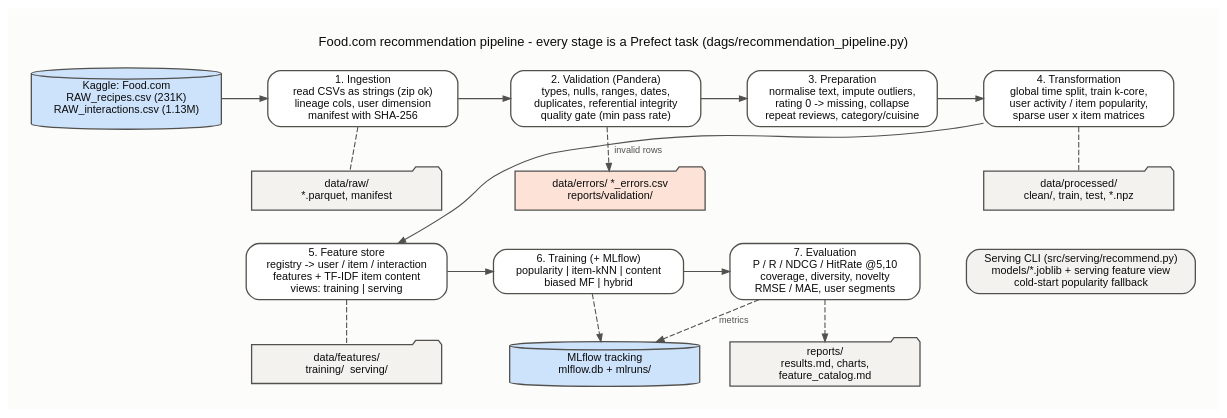
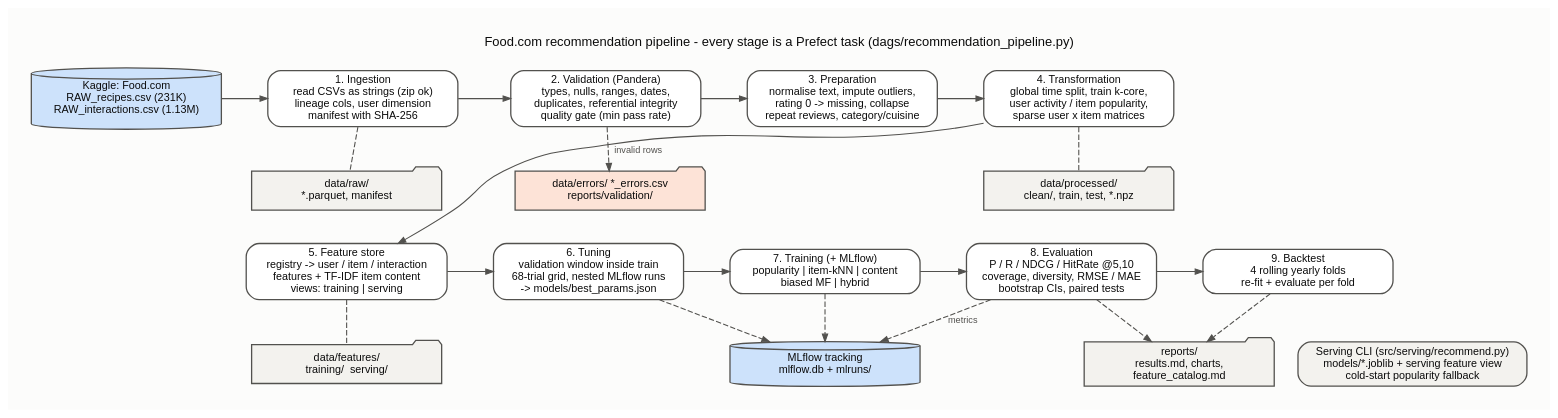
The diagram in reports/figures/architecture.dot (2025ag05572-gif/bitsdm4mlas2), drawn with Graphviz before and after one commit. The commit also changed 48 other files, not shown here.

```diff
--- a/reports/figures/architecture.dot
+++ b/reports/figures/architecture.dot
@@ -1,42 +1,45 @@
 digraph pipeline {
   graph [rankdir=TB, fontname="Helvetica", fontsize=12, bgcolor="#fcfcfb", nodesep=0.3, ranksep=0.42, pad=0.3, newrank=true,
          label="Food.com recommendation pipeline - every stage is a Prefect task (dags/recommendation_pipeline.py)\n ", labelloc=t, fontcolor="#0b0b0b"];
   node  [shape=box, style="rounded,filled", fontname="Helvetica", fontsize=10, color="#52514e", fillcolor="#ffffff", fontcolor="#0b0b0b", penwidth=1.2, width=2.45];
   edge  [color="#52514e", arrowsize=0.7, fontname="Helvetica", fontsize=8.5, fontcolor="#52514e"];
 
   src      [label="Kaggle: Food.com\nRAW_recipes.csv (231K)\nRAW_interactions.csv (1.13M)", shape=cylinder, fillcolor="#cde2fb"];
   ingest   [label="1. Ingestion\nread CSVs as strings (zip ok)\nlineage cols, user dimension\nmanifest with SHA-256"];
   validate [label="2. Validation (Pandera)\ntypes, nulls, ranges, dates,\nduplicates, referential integrity\nquality gate (min pass rate)"];
   prepare  [label="3. Preparation\nnormalise text, impute outliers,\nrating 0 -> missing, collapse\nrepeat reviews, category/cuisine"];
   transform[label="4. Transformation\nglobal time split, train k-core,\nuser activity / item popularity,\nsparse user x item matrices"];
 
   features [label="5. Feature store\nregistry -> user / item / interaction\nfeatures + TF-IDF item content\nviews: training | serving"];
-  train    [label="6. Training (+ MLflow)\npopularity | item-kNN | content\nbiased MF | hybrid"];
-  evaluate [label="7. Evaluation\nP / R / NDCG / HitRate @5,10\ncoverage, diversity, novelty\nRMSE / MAE, user segments"];
+  tune     [label="6. Tuning\nvalidation window inside train\n68-trial grid, nested MLflow runs\n-> models/best_params.json"];
+  train    [label="7. Training (+ MLflow)\npopularity | item-kNN | content\nbiased MF | hybrid"];
+  evaluate [label="8. Evaluation\nP / R / NDCG / HitRate @5,10\ncoverage, diversity, RMSE / MAE\nbootstrap CIs, paired tests"];
+  backtest [label="9. Backtest\n4 rolling yearly folds\nre-fit + evaluate per fold"];
   serve    [label="Serving CLI (src/serving/recommend.py)\nmodels/*.joblib + serving feature view\ncold-start popularity fallback", fillcolor="#f3f2ee"];
 
   raw      [label="data/raw/\n*.parquet, manifest", shape=folder, fillcolor="#f3f2ee"];
   errors   [label="data/errors/ *_errors.csv\nreports/validation/", shape=folder, fillcolor="#fde3d7"];
   proc     [label="data/processed/\nclean/, train, test, *.npz", shape=folder, fillcolor="#f3f2ee"];
   fstore   [label="data/features/\ntraining/  serving/", shape=folder, fillcolor="#f3f2ee"];
   mlflow   [label="MLflow tracking\nmlflow.db + mlruns/", shape=cylinder, fillcolor="#cde2fb"];
   reports  [label="reports/\nresults.md, charts,\nfeature_catalog.md", shape=folder, fillcolor="#f3f2ee"];
 
   {rank=same; src; ingest; validate; prepare; transform;}
   {rank=same; raw; errors; proc;}
-  {rank=same; features; train; evaluate; serve;}
-  {rank=same; fstore; mlflow; reports;}
+  {rank=same; features; tune; train; evaluate; backtest;}
+  {rank=same; fstore; mlflow; reports; serve;}
 
   src -> ingest -> validate -> prepare -> transform;
   transform -> features [constraint=false];
-  features -> train -> evaluate;
+  features -> tune -> train -> evaluate -> backtest;
   ingest -> raw [style=dashed, arrowhead=none];
   validate -> errors [style=dashed, label=" invalid rows"];
   transform -> proc [style=dashed, arrowhead=none];
   raw -> features [style=invis];
   features -> fstore [style=dashed, arrowhead=none];
   train -> mlflow [style=dashed];
   evaluate -> mlflow [style=dashed, label=" metrics"];
   evaluate -> reports [style=dashed];
-  evaluate -> serve [style=invis];
+  backtest -> reports [style=dashed];
+  tune -> mlflow [style=dashed];
 }
```
